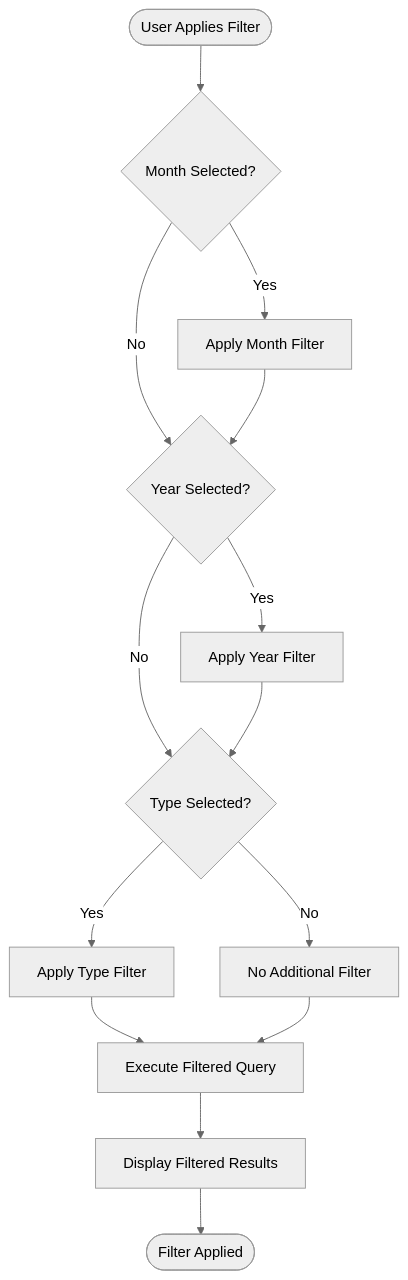
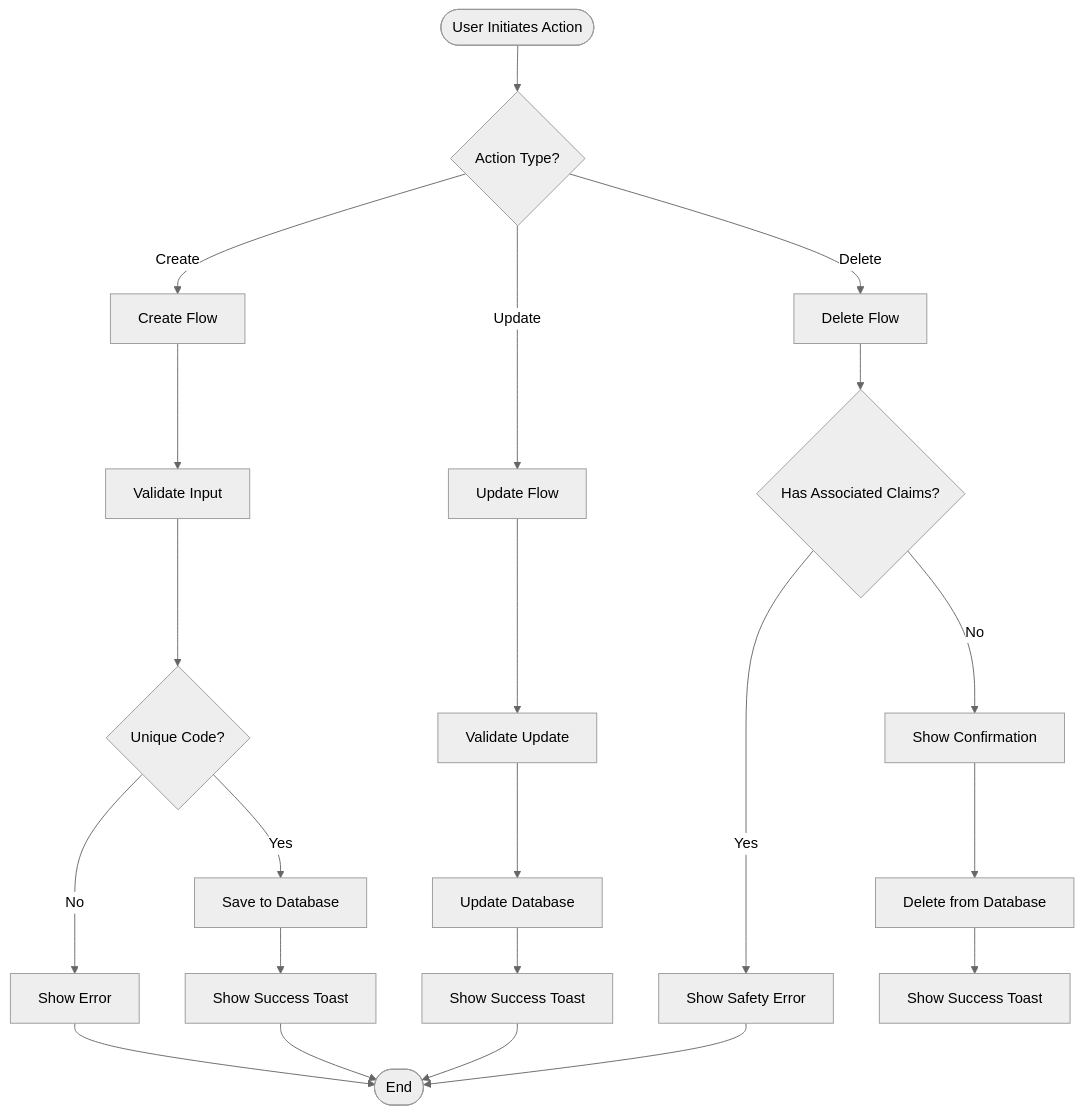
Before and after one commit to vincet0t15/template: the third of 6 diagrams in .qoder/repowiki/en/content/Employee Management/Employee Claims Management.md, drawn with Mermaid (neutral theme). The commit also changed other lines of this file and 11 other files, not shown here.

````diff
--- a/.qoder/repowiki/en/content/Employee Management/Employee Claims Management.md
+++ b/.qoder/repowiki/en/content/Employee Management/Employee Claims Management.md
@@ -231,16 +262,24 @@
 ```mermaid
 flowchart TD
-Start([User Applies Filter]) --> MonthCheck{Month Selected?}
-MonthCheck --> |Yes| MonthFilter[Apply Month Filter]
-MonthCheck --> |No| YearCheck
-MonthFilter --> YearCheck{Year Selected?}
-YearCheck --> |Yes| YearFilter[Apply Year Filter]
-YearCheck --> |No| TypeCheck
-YearFilter --> TypeCheck{Type Selected?}
-TypeCheck --> |Yes| TypeFilter[Apply Type Filter]
-TypeCheck --> |No| NoFilter[No Additional Filter]
-TypeFilter --> Query[Execute Filtered Query]
-NoFilter --> Query
-Query --> Results[Display Filtered Results]
-Results --> End([Filter Applied])
+Start([User Initiates Action]) --> Choice{Action Type?}
+Choice --> |Create| CreateFlow[Create Flow]
+Choice --> |Update| UpdateFlow[Update Flow]
+Choice --> |Delete| DeleteFlow[Delete Flow]
+CreateFlow --> Validate[Validate Input]
+Validate --> UniqueCheck{Unique Code?}
+UniqueCheck --> |Yes| Persist[Save to Database]
+UniqueCheck --> |No| Error[Show Error]
+Persist --> Success[Show Success Toast]
+Error --> End([End])
+Success --> End
+UpdateFlow --> ValidateUpdate[Validate Update]
+ValidateUpdate --> PersistUpdate[Update Database]
+PersistUpdate --> SuccessUpdate[Show Success Toast]
+SuccessUpdate --> End
+DeleteFlow --> SafetyCheck{Has Associated Claims?}
+SafetyCheck --> |No| DeleteConfirm[Show Confirmation]
+SafetyCheck --> |Yes| SafetyError[Show Safety Error]
+DeleteConfirm --> DeletePersist[Delete from Database]
+DeletePersist --> SuccessDelete[Show Success Toast]
+SafetyError --> End
 ```
````
